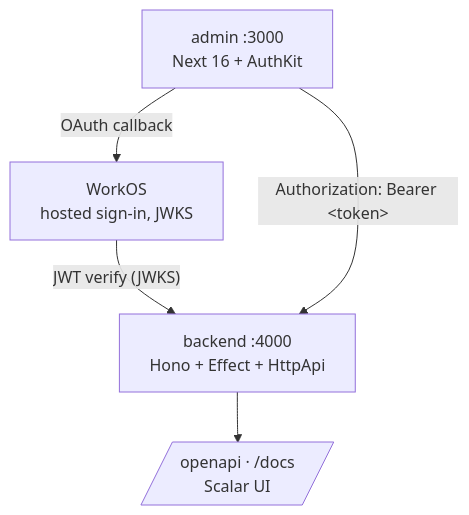
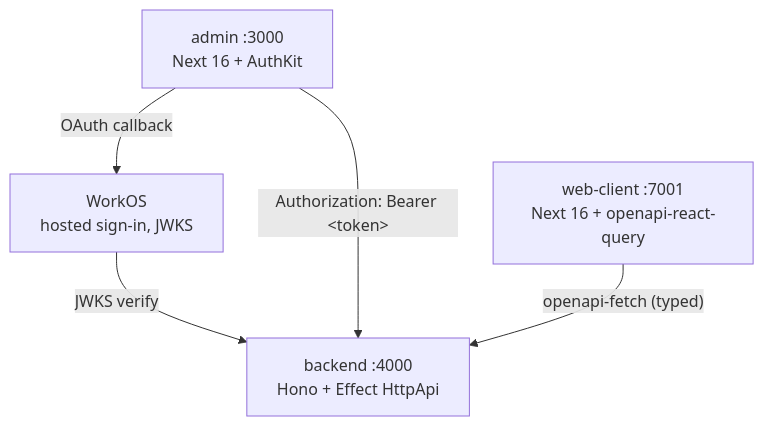
The diagram in apps/docs/content/docs/index.mdx (Darna-Digital/darna-stack), drawn with Mermaid before and after one commit. The commit also changed other lines of this file and 9 other files, not shown here.

Commit message:
add local-dev and web-client docs, update homepage and meta.json for new documentation sections

````diff
--- a/apps/docs/content/docs/index.mdx
+++ b/apps/docs/content/docs/index.mdx
@@ -25,12 +26,12 @@
 ```mermaid
 flowchart TD
   WorkOS[WorkOS<br/>hosted sign-in, JWKS]
   Admin[admin :3000<br/>Next 16 + AuthKit]
-  Backend[backend :4000<br/>Hono + Effect + HttpApi]
-  Docs[/openapi · /docs<br/>Scalar UI/]
+  Web[web-client :7001<br/>Next 16 + openapi-react-query]
+  Backend[backend :4000<br/>Hono + Effect HttpApi]
 
   Admin -- "OAuth callback" --> WorkOS
-  WorkOS -- "JWT verify (JWKS)" --> Backend
+  WorkOS -- "JWKS verify" --> Backend
   Admin -- "Authorization: Bearer &lt;token&gt;" --> Backend
-  Backend --> Docs
+  Web -- "openapi-fetch (typed)" --> Backend
 ```
````
